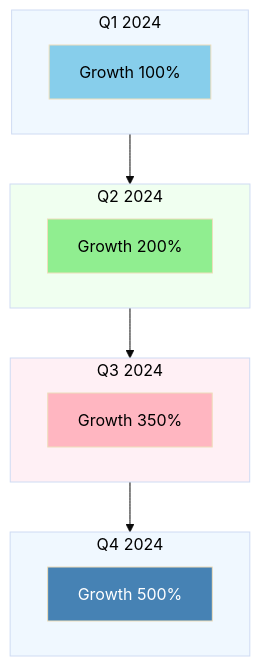
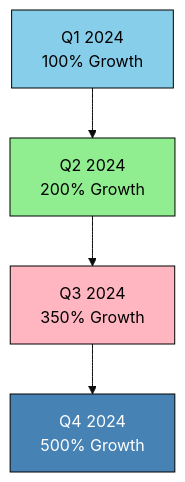
The sixth of 13 diagrams in docs/whitepaper/market-analysis.md (MEMEFANS/memefans), drawn with Mermaid (base theme) before and after one commit.

Commit message:
fix: simplify growth metrics chart for better compatibility

````diff
--- a/docs/whitepaper/market-analysis.md
+++ b/docs/whitepaper/market-analysis.md
@@ -247,29 +247,11 @@
 ```mermaid
 graph TD
-    subgraph Q4[Q4 2024]
-        Q4G[Growth 500%]
-    end
+    Q1[Q1 2024\n100% Growth] --> Q2[Q2 2024\n200% Growth]
+    Q2 --> Q3[Q3 2024\n350% Growth]
+    Q3 --> Q4[Q4 2024\n500% Growth]
     
-    subgraph Q3[Q3 2024]
-        Q3G[Growth 350%]
-    end
-    
-    subgraph Q2[Q2 2024]
-        Q2G[Growth 200%]
-    end
-    
-    subgraph Q1[Q1 2024]
-        Q1G[Growth 100%]
-    end
-    
-    Q1 --> Q2 --> Q3 --> Q4
-    
-    style Q1G fill:#87CEEB,color:#000000
-    style Q2G fill:#90EE90,color:#000000
-    style Q3G fill:#FFB6C1,color:#000000
-    style Q4G fill:#4682B4,color:#FFFFFF
-    style Q1 fill:#F0F8FF,color:#000000
-    style Q2 fill:#F0FFF0,color:#000000
-    style Q3 fill:#FFF0F5,color:#000000
-    style Q4 fill:#F0F8FF,color:#000000
+    style Q1 fill:#87CEEB,color:#000000,stroke:#000000
+    style Q2 fill:#90EE90,color:#000000,stroke:#000000
+    style Q3 fill:#FFB6C1,color:#000000,stroke:#000000
+    style Q4 fill:#4682B4,color:#FFFFFF,stroke:#000000
 ```
````
